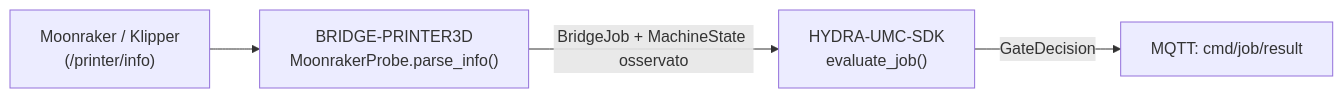
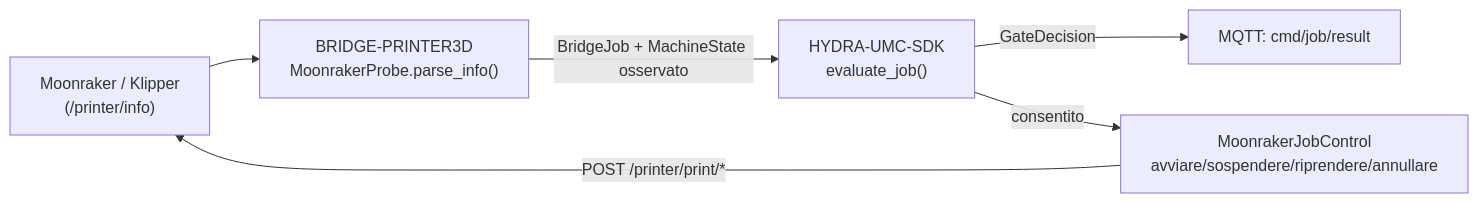
Before and after one commit to JuanenRac/HYDRA-UMC-BRIDGE-PRINTER3D: the diagram in README_ita.md, drawn with Mermaid. The commit also changed other lines of this file and 7 other files, not shown here.

Commit message:
List the global stop and real broker tests, complete the flow diagram in every language

````diff
--- a/README_ita.md
+++ b/README_ita.md
@@ -81,6 +81,8 @@
 ```mermaid
 flowchart LR
     PRINTER["Moonraker / Klipper<br/>(/printer/info)"] --> BRIDGE["BRIDGE-PRINTER3D<br/>MoonrakerProbe.parse_info()"]
     BRIDGE -- "BridgeJob + MachineState osservato" --> SDK["HYDRA-UMC-SDK<br/>evaluate_job()"]
     SDK -- GateDecision --> RESULT["MQTT: cmd/job/result"]
+    SDK -- "consentito" --> JOBCTRL["MoonrakerJobControl<br/>avviare/sospendere/riprendere/annullare"]
+    JOBCTRL -- "POST /printer/print/*" --> PRINTER
 ```
````
